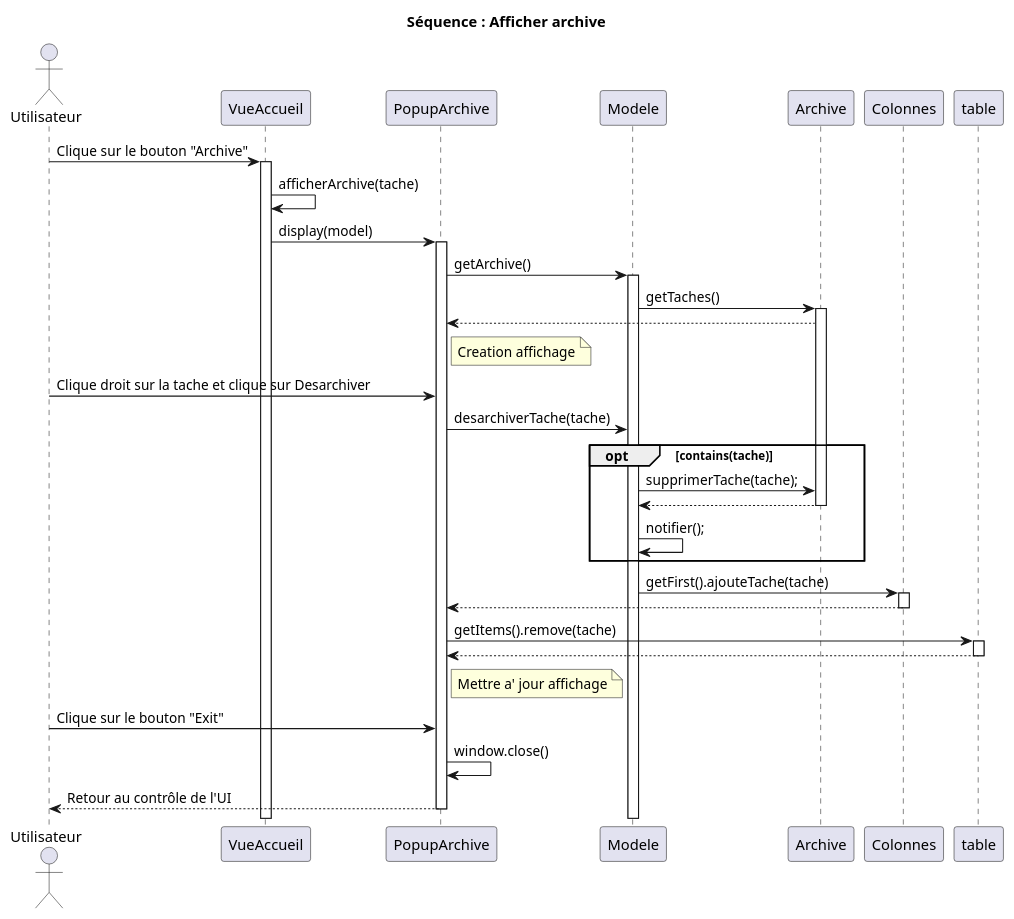
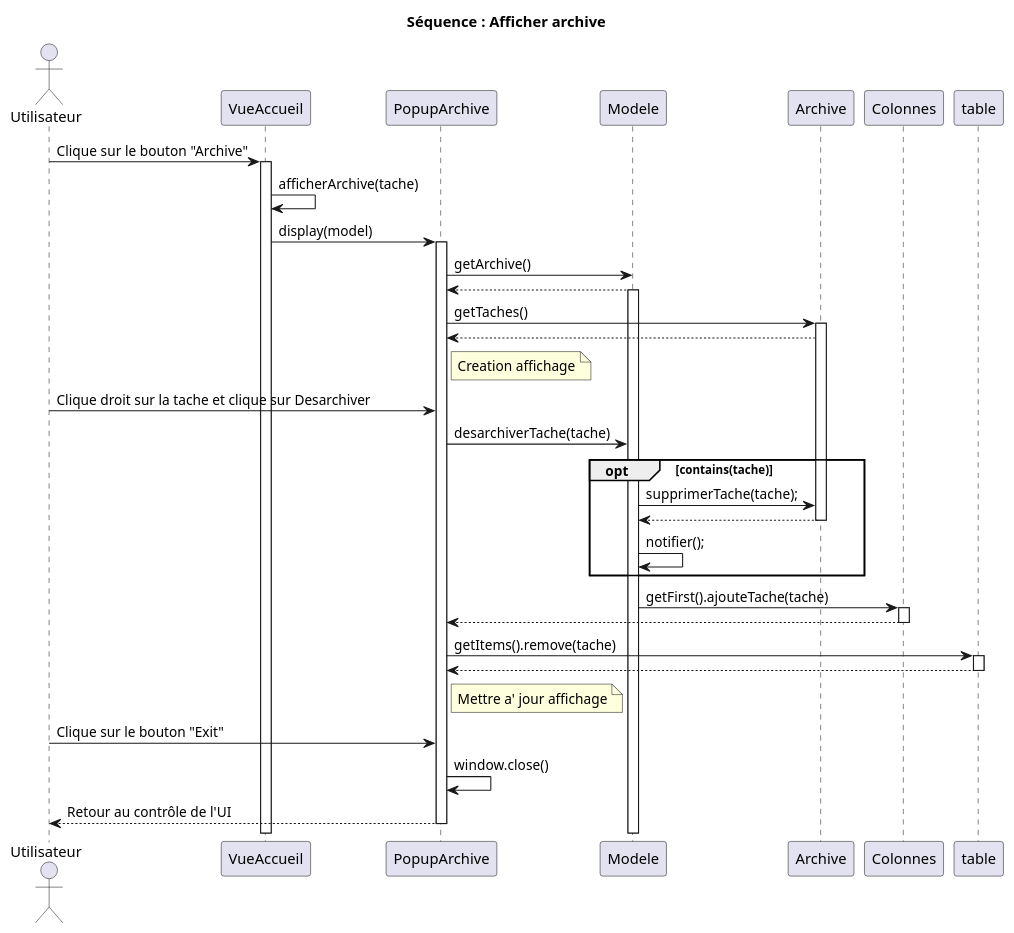
One commit to AlexanderCARNET/SAE_3_01_dev_application changed the diagram in Ollert_QDEV/diagrammes/Iteration4/DiagrammeSequenceVueListe(desarchiver_tache).puml. Above: the diagram before and after it, drawn with PlantUML.

Commit message:
[fix] correction DiagrammeSequenceVueListe(desarchiver_tache).puml

```diff
--- a/Ollert_QDEV/diagrammes/Iteration4/DiagrammeSequenceVueListe(desarchiver_tache).puml
+++ b/Ollert_QDEV/diagrammes/Iteration4/DiagrammeSequenceVueListe(desarchiver_tache).puml
@@ -1,52 +1,53 @@
 @startuml
 
 actor "Utilisateur" as User
 participant "VueAccueil" as V
 participant "PopupArchive" as P
 participant "Modele" as M
 participant "Archive" as A
 
 title Séquence : Afficher archive
 
 User -> V : Clique sur le bouton "Archive"
 activate V
 
 V -> V : afficherArchive(tache)
 
 V -> P : display(model)
 activate P
 
 P -> M : getArchive()
+M --> P
 activate M
-M -> A : getTaches()
+P -> A : getTaches()
 activate A
 A --> P
 Note right of P : Creation affichage
 
 User -> P : Clique droit sur la tache et clique sur Desarchiver
 P -> M : desarchiverTache(tache)
 
 opt contains(tache)
     M -> A : supprimerTache(tache);
     A --> M
     deactivate A
     M -> M : notifier();
 end
 
 M -> Colonnes : getFirst().ajouteTache(tache)
 activate Colonnes
 Colonnes --> P
 deactivate Colonnes
 
 P -> table : getItems().remove(tache)
 activate table
 table --> P
 deactivate table
 Note right of P : Mettre a' jour affichage
 
 User -> P : Clique sur le bouton "Exit"
 P -> P : window.close()
 P --> User : Retour au contrôle de l'UI
 deactivate P
 
 @enduml
```
